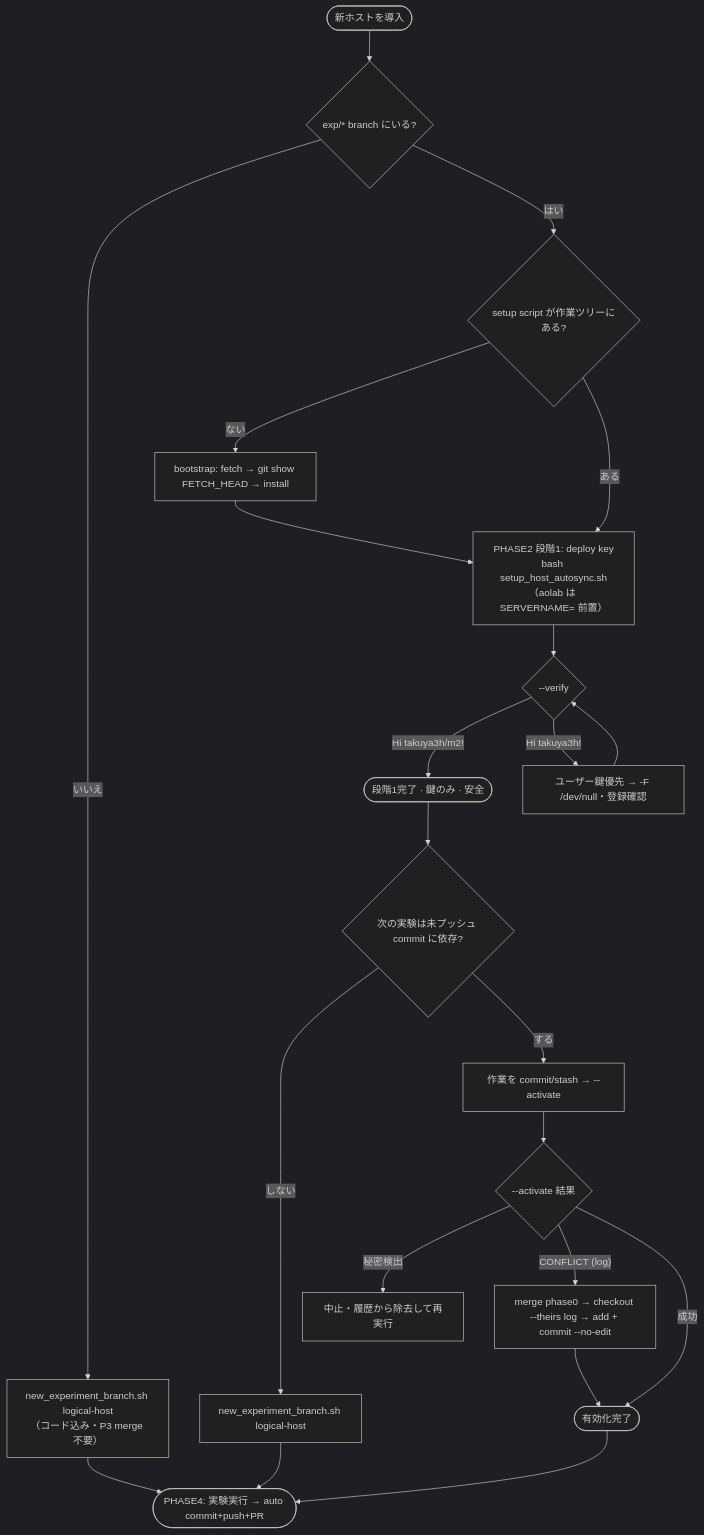
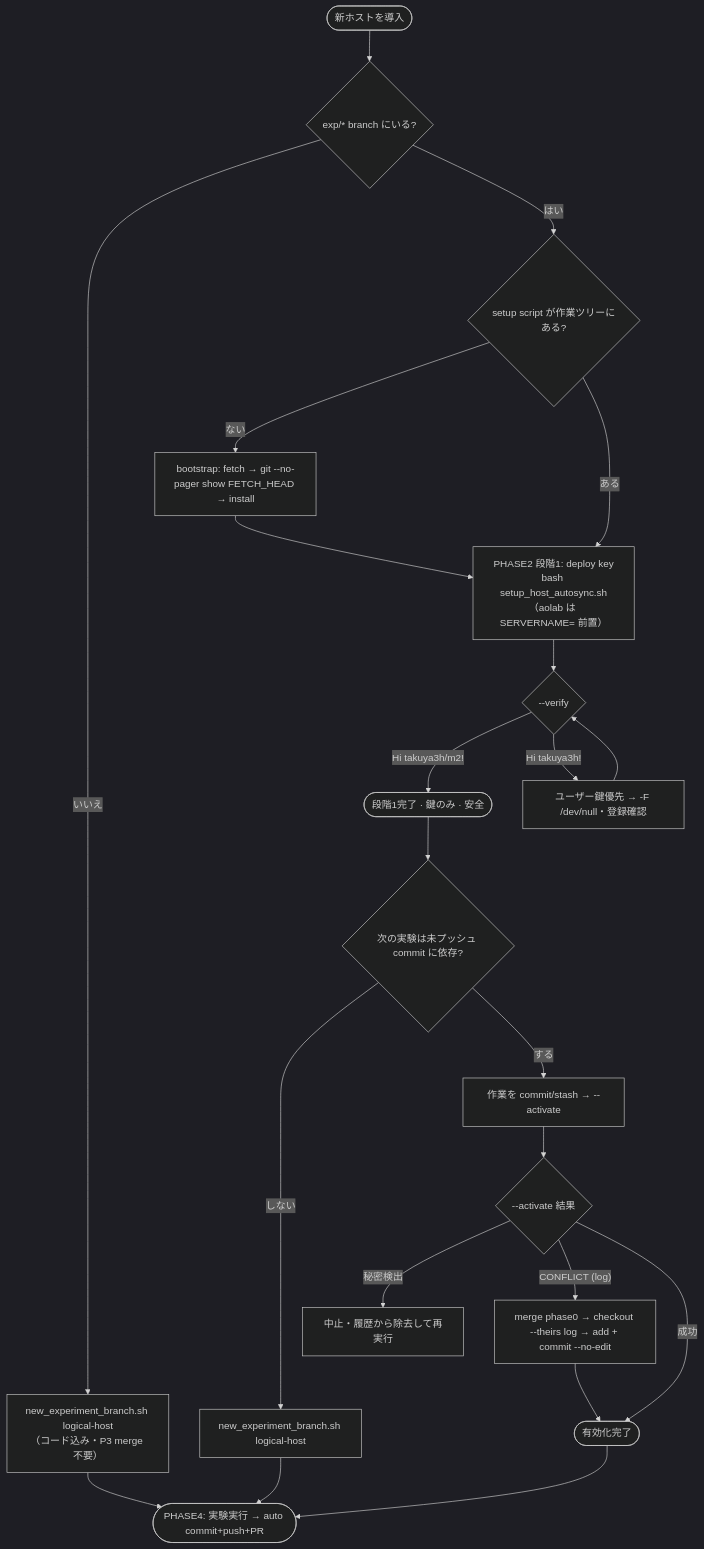
One commit to takuya3h/m2 changed the diagram in docs/host_autosync_onboarding.md. Above: the diagram before and after it, drawn with Mermaid (dark theme). The commit also changed other lines of this file and 4 other files, not shown here.

````diff
--- a/docs/host_autosync_onboarding.md
+++ b/docs/host_autosync_onboarding.md
@@ -20,24 +20,24 @@
 ```mermaid
 flowchart TD
     S([新ホストを導入]) --> P0{"exp/* branch にいる?"}
     P0 -- いいえ --> SW["new_experiment_branch.sh logical-host<br/>（コード込み・P3 merge 不要）"]
     P0 -- はい --> P1{"setup script が作業ツリーにある?"}
     SW --> P4
-    P1 -- ない --> BOOT["bootstrap: fetch → git show FETCH_HEAD → install"]
+    P1 -- ない --> BOOT["bootstrap: fetch → git --no-pager show FETCH_HEAD → install"]
     P1 -- ある --> P2
     BOOT --> P2["PHASE2 段階1: deploy key<br/>bash setup_host_autosync.sh<br/>（aolab は SERVERNAME= 前置）"]
     P2 --> VER{"--verify"}
     VER -- "Hi takuya3h/m2!" --> OK1([段階1完了 · 鍵のみ · 安全])
     VER -- "Hi takuya3h!" --> FIXK["ユーザー鍵優先 → -F /dev/null・登録確認"]
     FIXK --> VER
     OK1 --> DEP{"次の実験は未プッシュ commit に依存?"}
     DEP -- しない --> NB["new_experiment_branch.sh logical-host"]
     DEP -- する --> ACT["作業を commit/stash → --activate"]
     NB --> P4
     ACT --> AR{"--activate 結果"}
     AR -- 秘密検出 --> STOP["中止・履歴から除去して再実行"]
     AR -- "CONFLICT (log)" --> RES["merge phase0 → checkout --theirs log → add + commit --no-edit"]
     AR -- 成功 --> OK2([有効化完了])
     RES --> OK2
     OK2 --> P4([PHASE4: 実験実行 → auto commit+push+PR])
 ```
````
